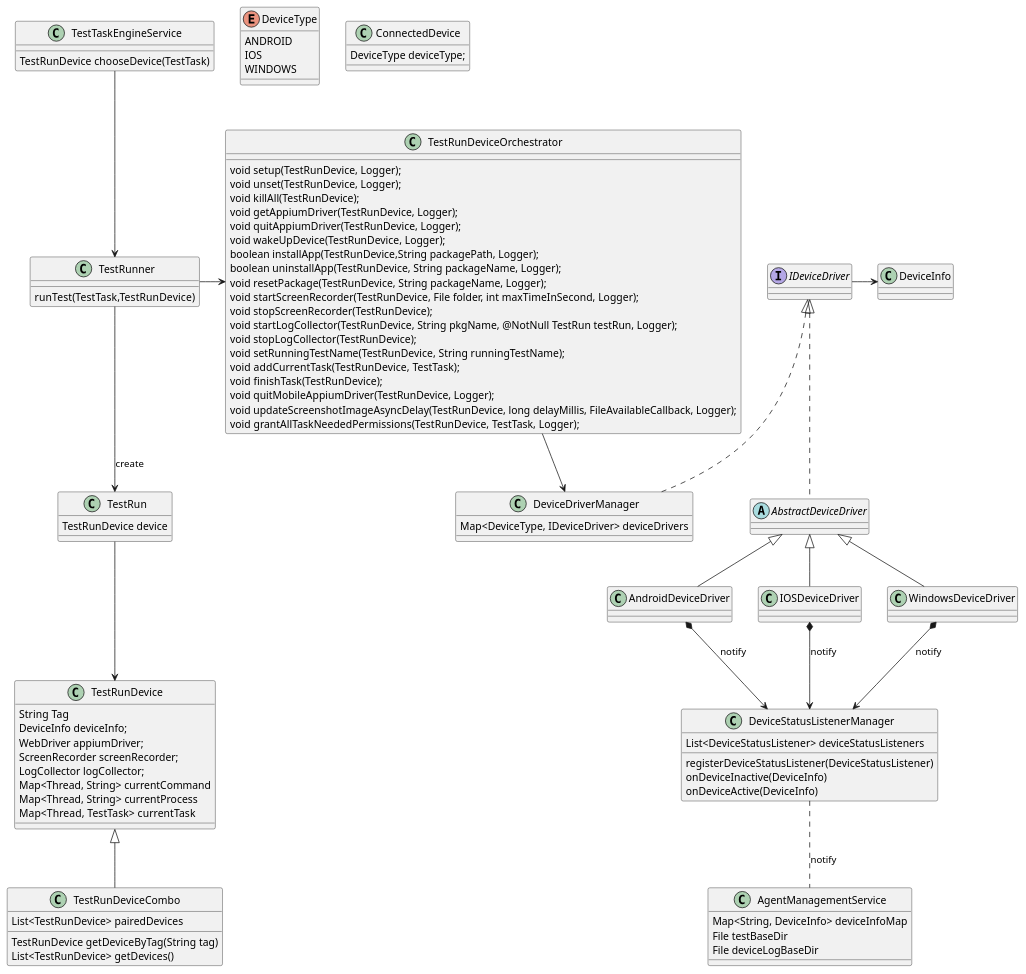
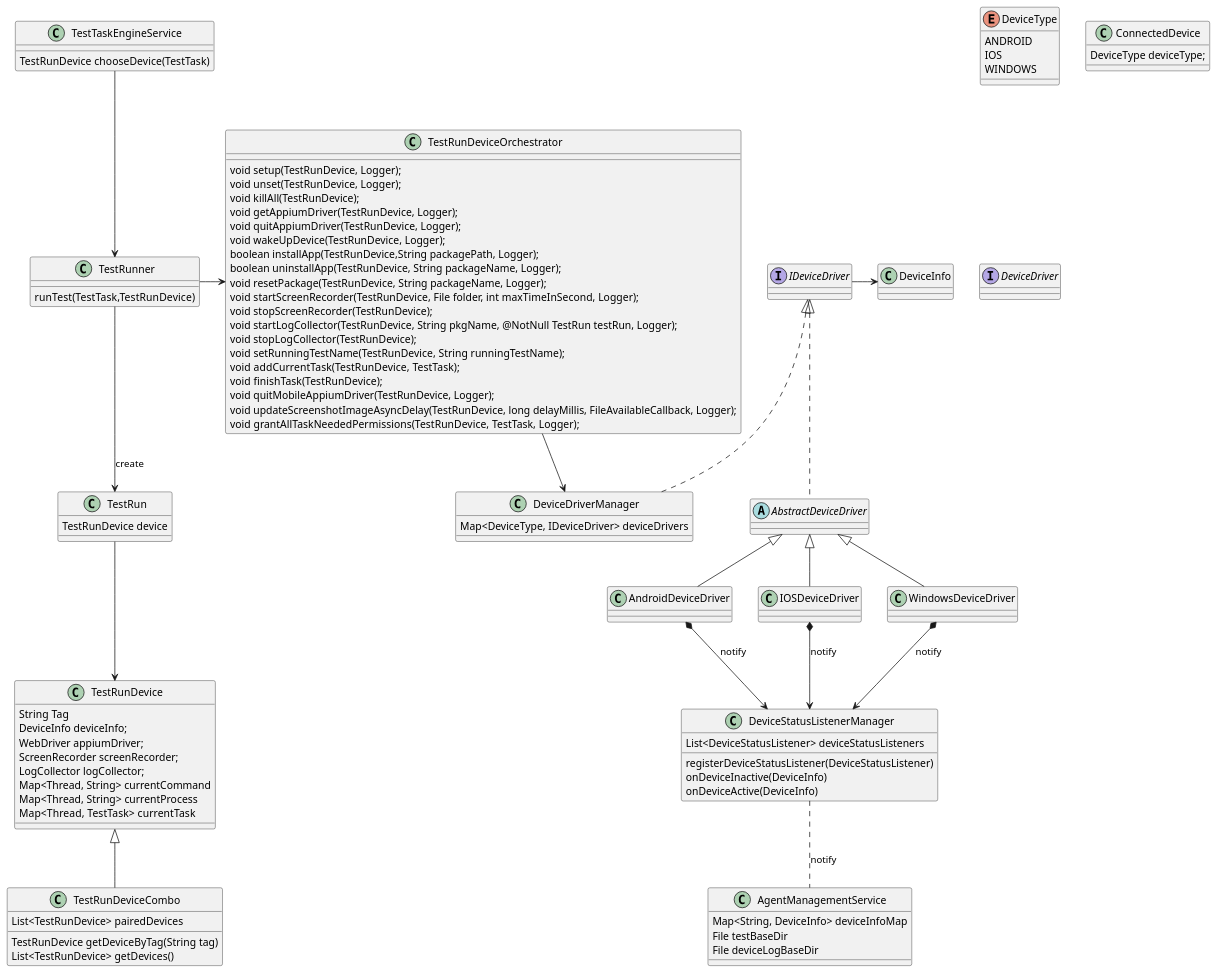
The first of 2 diagrams in agent/doc/UML/agent_device_management_design.puml (microsoft/HydraLab), drawn with PlantUML before and after one commit.

```diff
--- a/agent/doc/UML/agent_device_management_design.puml
+++ b/agent/doc/UML/agent_device_management_design.puml
@@ -1,101 +1,101 @@
 @startuml
 'https://plantuml.com/class-diagram
 enum DeviceType{
     ANDROID
     IOS
     WINDOWS
 }
 
 class ConnectedDevice{
     DeviceType deviceType;
 }
 
 class AgentManagementService {
     Map<String, DeviceInfo> deviceInfoMap
     File testBaseDir
     File deviceLogBaseDir
 }
 class DeviceStatusListenerManager{
     List<DeviceStatusListener> deviceStatusListeners
     registerDeviceStatusListener(DeviceStatusListener)
     onDeviceInactive(DeviceInfo)
     onDeviceActive(DeviceInfo)
 }
 class TestTaskEngineService{
     TestRunDevice chooseDevice(TestTask)
 }
 
 
 class DeviceInfo
 
 class TestRunDeviceOrchestrator{
     void setup(TestRunDevice, Logger);
     void unset(TestRunDevice, Logger);
     void killAll(TestRunDevice);
     void getAppiumDriver(TestRunDevice, Logger);
     void quitAppiumDriver(TestRunDevice, Logger);
     void wakeUpDevice(TestRunDevice, Logger);
     boolean installApp(TestRunDevice,String packagePath, Logger);
     boolean uninstallApp(TestRunDevice, String packageName, Logger);
     void resetPackage(TestRunDevice, String packageName, Logger);
     void startScreenRecorder(TestRunDevice, File folder, int maxTimeInSecond, Logger);
     void stopScreenRecorder(TestRunDevice);
     void startLogCollector(TestRunDevice, String pkgName, @NotNull TestRun testRun, Logger);
     void stopLogCollector(TestRunDevice);
     void setRunningTestName(TestRunDevice, String runningTestName);
     void addCurrentTask(TestRunDevice, TestTask);
     void finishTask(TestRunDevice);
     void quitMobileAppiumDriver(TestRunDevice, Logger);
     void updateScreenshotImageAsyncDelay(TestRunDevice, long delayMillis, FileAvailableCallback, Logger);
     void grantAllTaskNeededPermissions(TestRunDevice, TestTask, Logger);
 }
 
 
 class TestRunDevice{
     String Tag
     DeviceInfo deviceInfo;
     WebDriver appiumDriver;
     ScreenRecorder screenRecorder;
     LogCollector logCollector;
     Map<Thread, String> currentCommand
     Map<Thread, String> currentProcess
     Map<Thread, TestTask> currentTask
 }
 
 class TestRunDeviceCombo extends TestRunDevice{
     List<TestRunDevice> pairedDevices
     TestRunDevice getDeviceByTag(String tag)
     List<TestRunDevice> getDevices()
 }
 Class TestRun{
     TestRunDevice device
 }
 class TestRunner{
     runTest(TestTask,TestRunDevice)
 }
 
-interface IDeviceDriver
+interface DeviceDriver
 class DeviceDriverManager implements IDeviceDriver{
     Map<DeviceType, IDeviceDriver> deviceDrivers
 }
 abstract class AbstractDeviceDriver implements IDeviceDriver
 class AndroidDeviceDriver extends AbstractDeviceDriver
 class IOSDeviceDriver   extends AbstractDeviceDriver
 class WindowsDeviceDriver extends AbstractDeviceDriver
 
 TestRunner --> TestRun : create
 TestRun ---> TestRunDevice
 TestRunner -r--> TestRunDeviceOrchestrator
 
 TestRunDeviceOrchestrator --> DeviceDriverManager
 
 TestTaskEngineService --> TestRunner
 
 IDeviceDriver -> DeviceInfo
 AndroidDeviceDriver *--> DeviceStatusListenerManager : notify
 IOSDeviceDriver *--> DeviceStatusListenerManager : notify
 WindowsDeviceDriver *--> DeviceStatusListenerManager : notify
 
 DeviceStatusListenerManager .. AgentManagementService : notify
 
 @enduml
```
